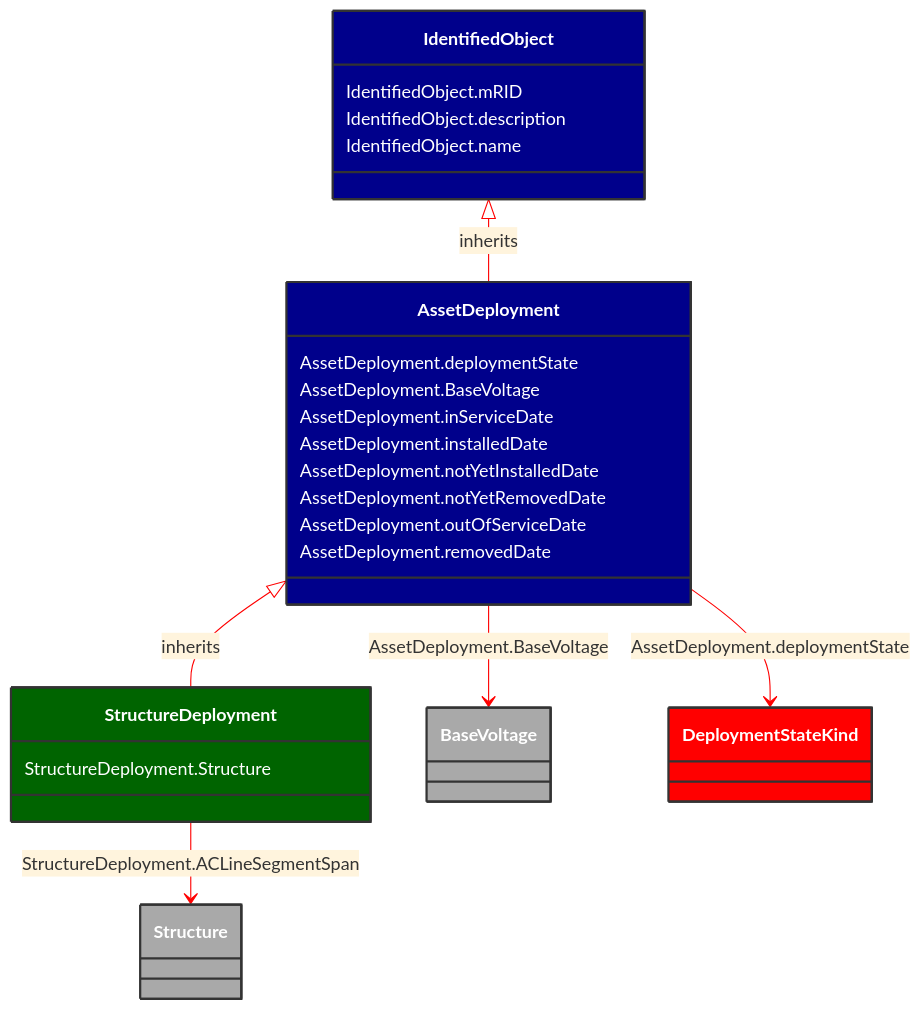
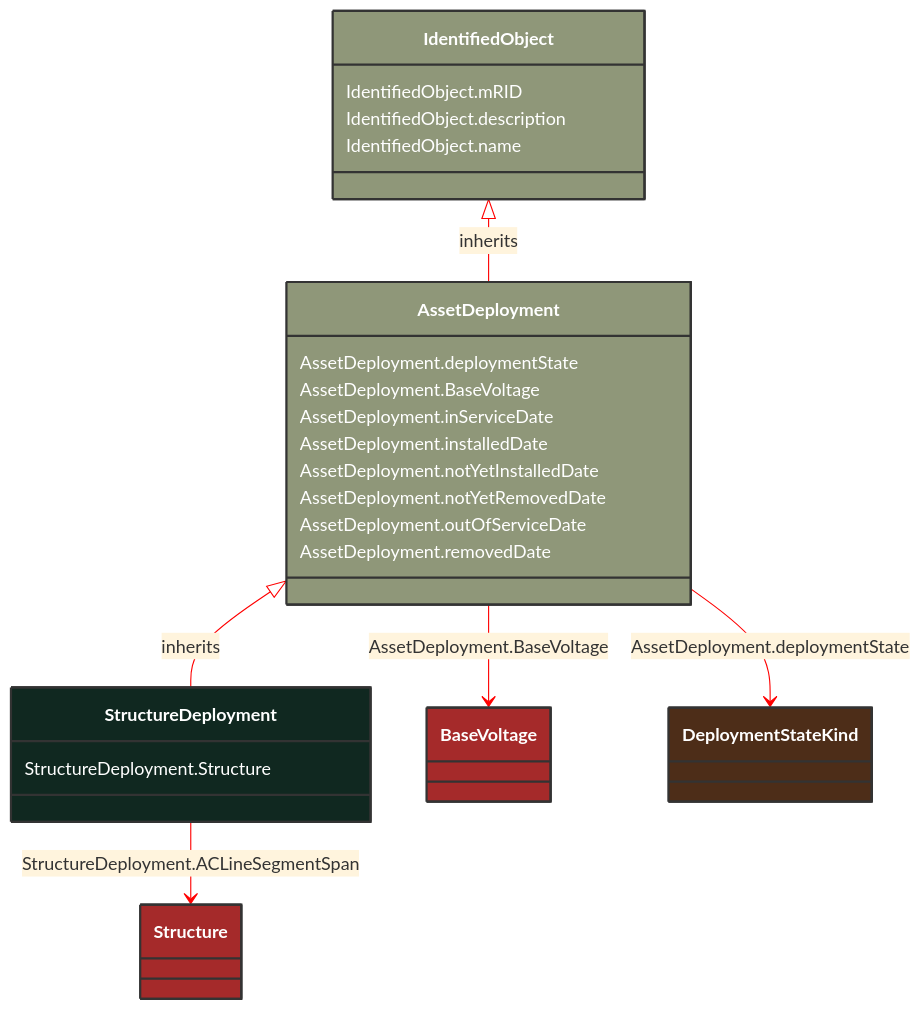
One commit to 3lbits/NoCIMExtensions changed the diagram in docs/Models/Profiles/AviationObstacle/ConcreteClasses/StructureDeployment.md. Above: the diagram before and after it, drawn with Mermaid. The commit also changed 190 other files, not shown here.

````diff
--- a/docs/Models/Profiles/AviationObstacle/ConcreteClasses/StructureDeployment.md
+++ b/docs/Models/Profiles/AviationObstacle/ConcreteClasses/StructureDeployment.md
@@ -8,49 +8,45 @@
 ```mermaid
 %%{init: {'theme':'base','themeVariables': {'lineColor': '#FF0000'}}}%%
 classDiagram
     class StructureDeployment
     click StructureDeployment href "/Models/Profiles/AviationObstacle/ConcreteClasses/StructureDeployment/"
-    style StructureDeployment fill:#006400,stroke:#333,stroke-width:2px,rx:10,ry:10,color:white
-
+    style StructureDeployment fill:#102820,stroke:#333,stroke-width:2px,rx:10,ry:10,color:white
+     
         AssetDeployment <|-- StructureDeployment : inherits
             click AssetDeployment href "/Models/Profiles/AviationObstacle/ConcreteClasses/AssetDeployment/"
-            style AssetDeployment fill:#00008B,stroke:#333,stroke-width:2px,rx:10,ry:10,color:white
-
-        StructureDeployment
-            click StructureDeployment href "/Models/Profiles/AviationObstacle/ConcreteClasses/StructureDeployment/"
-            style AssetDeployment fill:#00008B,stroke:#333,stroke-width:2px,rx:10,ry:10,color:white
-
+            style AssetDeployment fill:#8F9779,stroke:#333,stroke-width:2px,rx:10,ry:10,color:white
+     
         IdentifiedObject <|-- AssetDeployment : inherits
             click IdentifiedObject href "/Models/Profiles/AviationObstacle/AbstractClasses/IdentifiedObject/"
-            style IdentifiedObject fill:#00008B,stroke:#333,stroke-width:2px,rx:10,ry:10,color:white
+            style IdentifiedObject fill:#8F9779,stroke:#333,stroke-width:2px,rx:10,ry:10,color:white
 
         StructureDeployment --> Structure : StructureDeployment.ACLineSegmentSpan
 
         Structure
             click Structure href "/Models/Profiles/AviationObstacle/AbstractClasses/Structure/"
-            style Structure fill:#A9A9A9,stroke:#333,stroke-width:2px,rx:10,ry:10,color:white
+            style Structure fill:#A52A2A,stroke:#333,stroke-width:2px,rx:10,ry:10,color:white
         AssetDeployment --> BaseVoltage : AssetDeployment.BaseVoltage
 
         BaseVoltage
             click BaseVoltage href "/Models/Profiles/AviationObstacle/ConcreteClasses/BaseVoltage/"
-            style BaseVoltage fill:#A9A9A9,stroke:#333,stroke-width:2px,rx:10,ry:10,color:white
+            style BaseVoltage fill:#A52A2A,stroke:#333,stroke-width:2px,rx:10,ry:10,color:white
 
         AssetDeployment --> DeploymentStateKind : AssetDeployment.deploymentState
 
         DeploymentStateKind
             click DeploymentStateKind href "/Models/Profiles/AviationObstacle/Enumerations/DeploymentStateKind/"
-            style DeploymentStateKind fill:#FF0000,stroke:#333,stroke-width:2px,rx:10,ry:10,color:white
+            style DeploymentStateKind fill:#4D2D18,stroke:#333,stroke-width:2px,rx:10,ry:10,color:white
 
         StructureDeployment : StructureDeployment.Structure
         AssetDeployment : AssetDeployment.deploymentState
         AssetDeployment : AssetDeployment.BaseVoltage
         AssetDeployment : AssetDeployment.inServiceDate
         AssetDeployment : AssetDeployment.installedDate
         AssetDeployment : AssetDeployment.notYetInstalledDate
         AssetDeployment : AssetDeployment.notYetRemovedDate
         AssetDeployment : AssetDeployment.outOfServiceDate
         AssetDeployment : AssetDeployment.removedDate
         IdentifiedObject : IdentifiedObject.mRID
         IdentifiedObject : IdentifiedObject.description
         IdentifiedObject : IdentifiedObject.name
 ```
````
